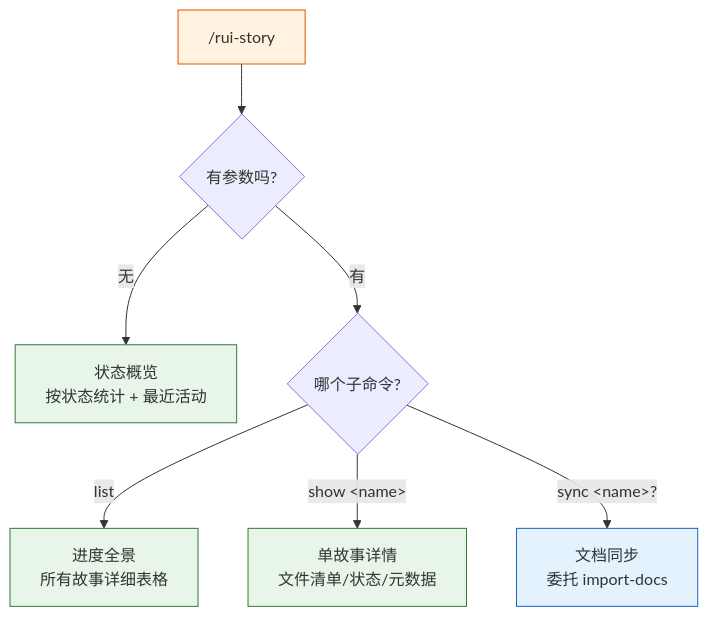
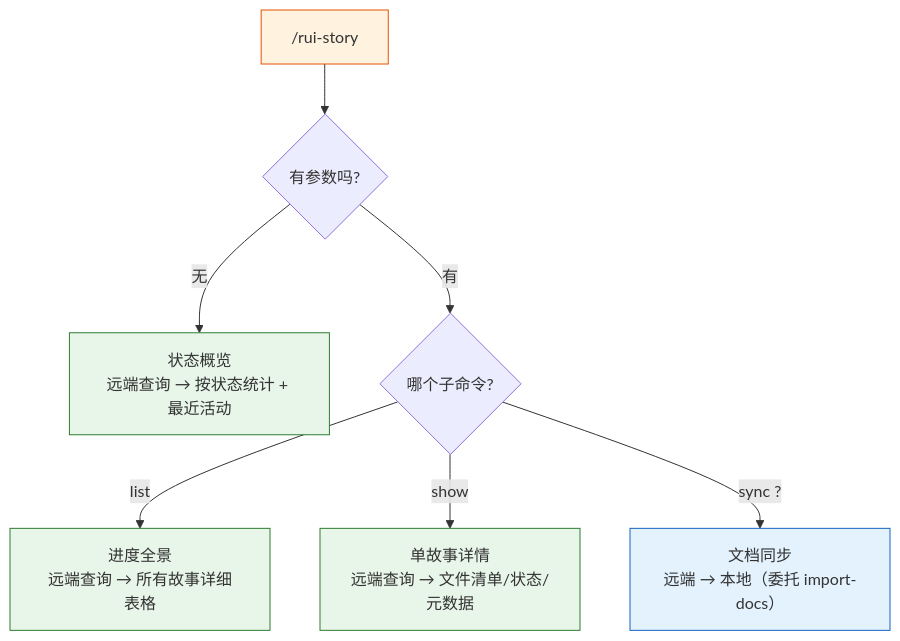
Before and after one commit to effiy/YrY: the first of 11 diagrams in skills/rui-story/SKILL.md, drawn with Mermaid. The commit also changed other lines of this file and 14 other files, not shown here.

````diff
--- a/skills/rui-story/SKILL.md
+++ b/skills/rui-story/SKILL.md
@@ -18,13 +18,13 @@
 ```mermaid
 flowchart TD
     ENTRY["/rui-story"]:::entry --> Q1{"有参数吗?"}
-    Q1 -->|"无"| OVERVIEW["状态概览<br/>按状态统计 + 最近活动"]:::read
+    Q1 -->|"无"| OVERVIEW["状态概览<br/>远端查询 → 按状态统计 + 最近活动"]:::read
     Q1 -->|"有"| Q2{"哪个子命令?"}
-    Q2 -->|"list"| LIST["进度全景<br/>所有故事详细表格"]:::read
-    Q2 -->|"show &lt;name&gt;"| SHOW["单故事详情<br/>文件清单/状态/元数据"]:::read
-    Q2 -->|"sync &lt;name&gt;?"| SYNC["文档同步<br/>委托 import-docs"]:::write
+    Q2 -->|"list"| LIST["进度全景<br/>远端查询 → 所有故事详细表格"]:::read
+    Q2 -->|"show <name>"| SHOW["单故事详情<br/>远端查询 → 文件清单/状态/元数据"]:::read
+    Q2 -->|"sync <name>?"| SYNC["文档同步<br/>远端 → 本地（委托 import-docs）"]:::write
 
     classDef entry fill:#fff3e0,stroke:#e65100;
     classDef read fill:#e8f5e9,stroke:#2e7d32;
     classDef write fill:#e3f2fd,stroke:#1565c0;
 ```
````
